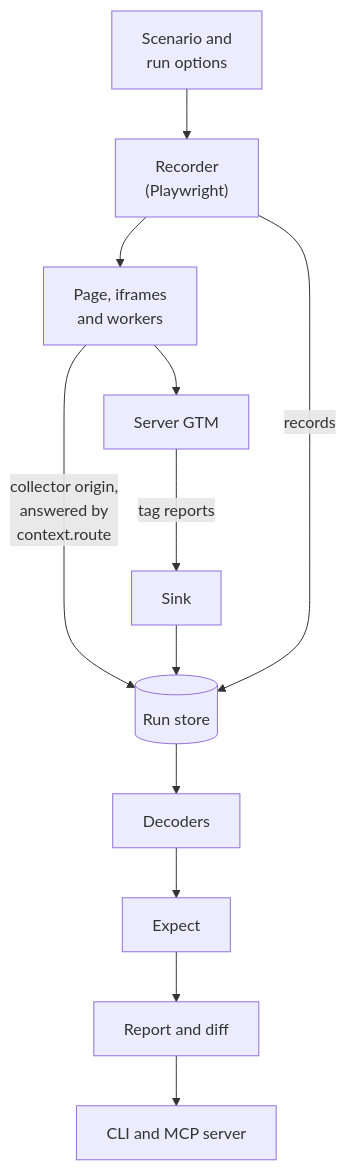
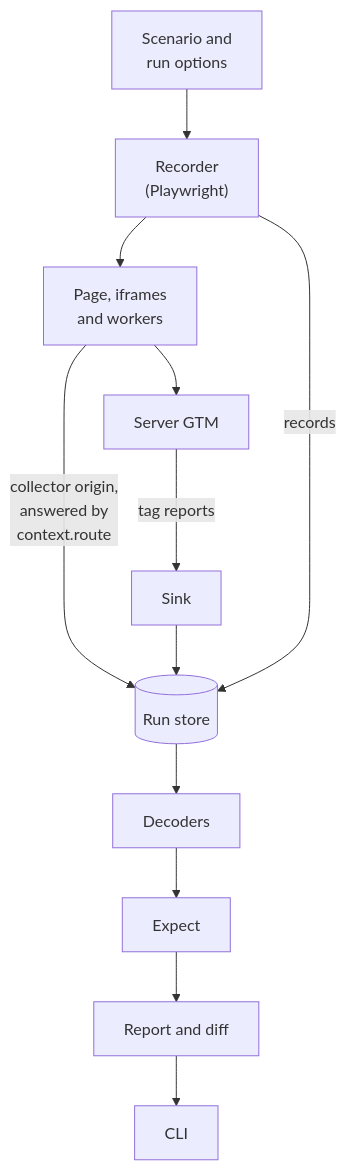
The first of 2 diagrams in docs/design.md (alfhen/pingwright), drawn with Mermaid before and after one commit. The commit also changed other lines of this file and 8 other files, not shown here.

````diff
--- a/docs/design.md
+++ b/docs/design.md
@@ -40,14 +40,14 @@
 ```mermaid
 flowchart TB
   input["Scenario and<br/>run options"] --> recorder["Recorder<br/>(Playwright)"]
   recorder --> page["Page, iframes<br/>and workers"]
   page -->|"collector origin,<br/>answered by<br/>context.route"| store[("Run store")]
   recorder -->|records| store
   page --> sgtm["Server GTM"]
   sgtm -->|"tag reports"| sink["Sink"]
   sink --> store
   store --> decoders["Decoders"]
   decoders --> expect["Expect"]
   expect --> report["Report and diff"]
-  report --> front["CLI and MCP server"]
+  report --> front["CLI"]
 ```
````
